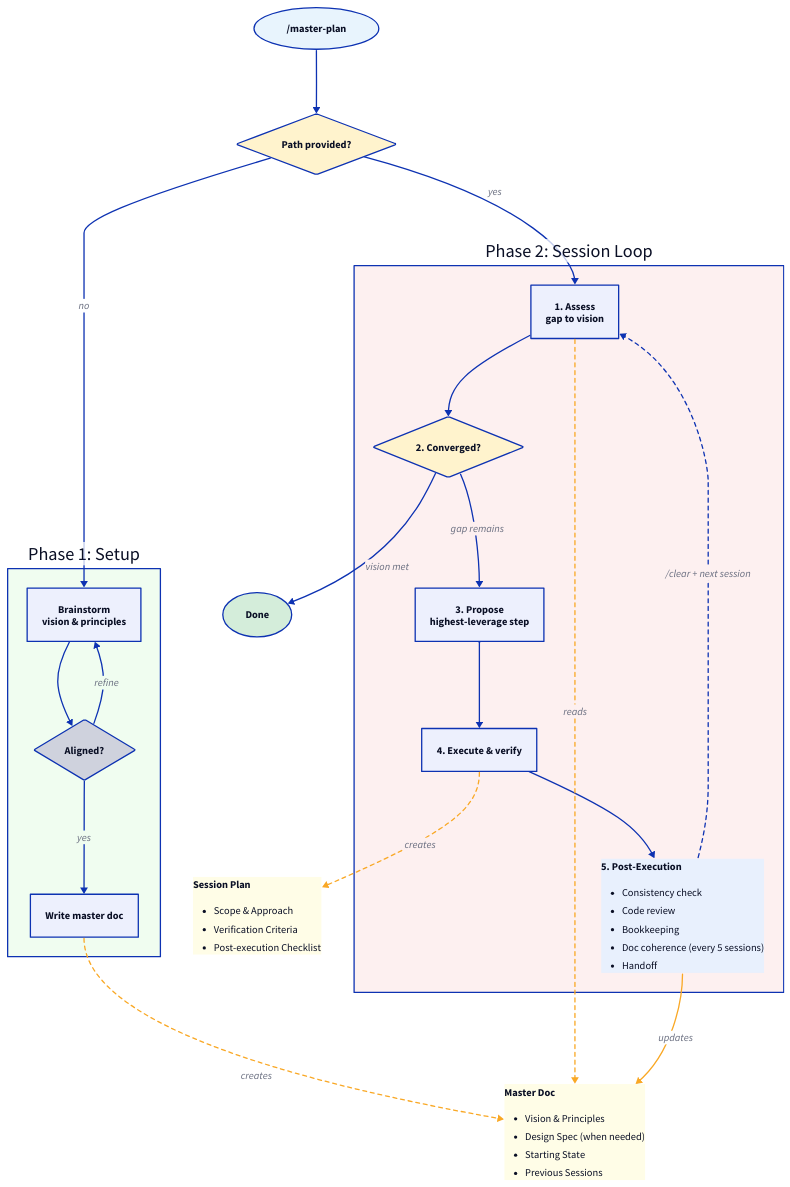
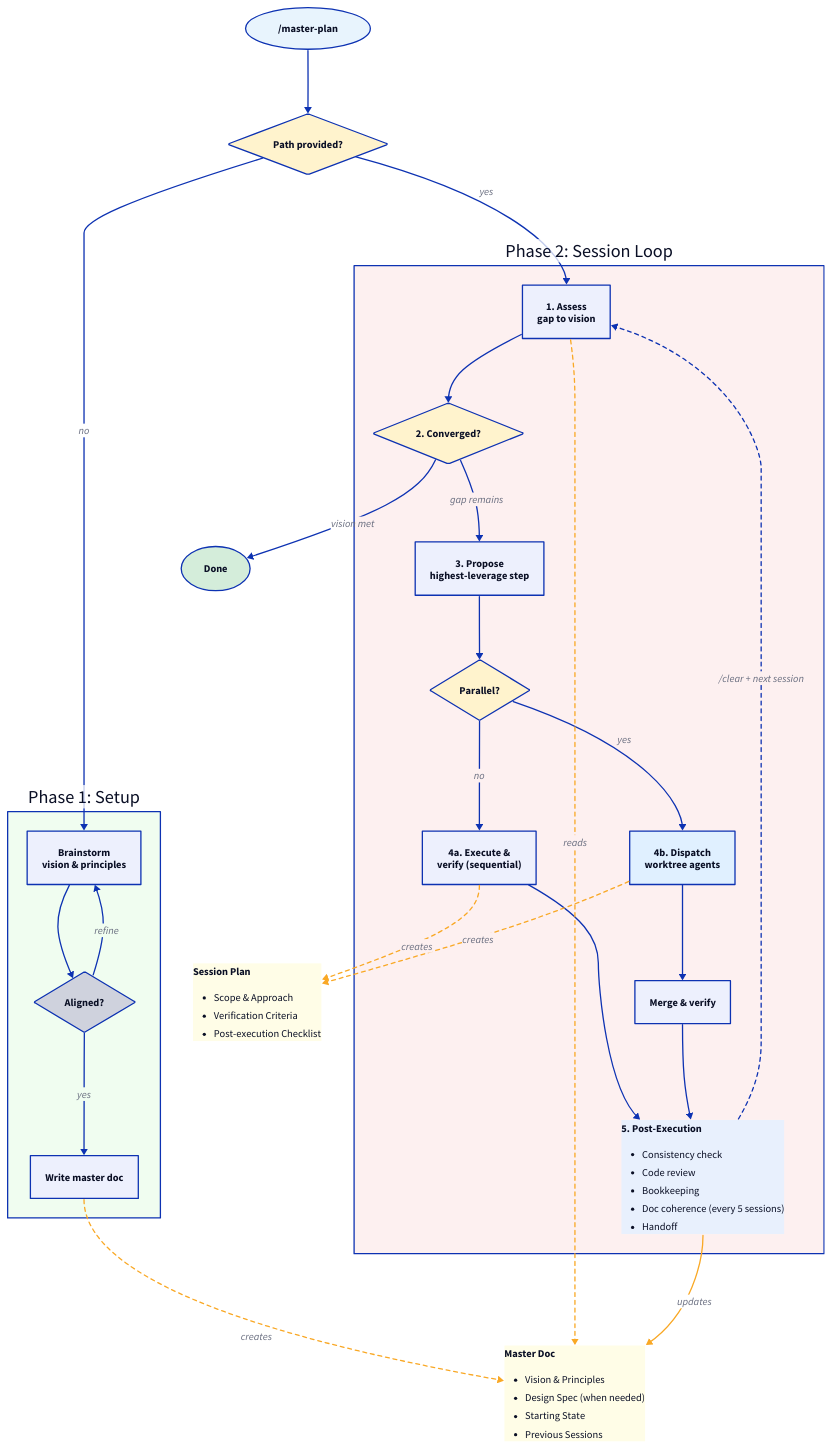
One commit to lcguerrerocovo/claude-master-plan changed the diagram in docs/master-plan-flow.d2. Above: the diagram before and after it, drawn with D2. The commit also changed 5 other files, not shown here.

```diff
--- a/docs/master-plan-flow.d2
+++ b/docs/master-plan-flow.d2
@@ -1,126 +1,144 @@
 direction: down
 
 # --- Entry ---
 
 start: "/master-plan" {
   shape: oval
   style.fill: "#e8f4fd"
 }
 
 route: "Path provided?" {
   shape: diamond
   style.fill: "#fff3cd"
 }
 
 start -> route
 
 # --- Phase 1 (setup) ---
 
 phase1: "Phase 1: Setup" {
   style.fill: "#f0fdf0"
 
   brainstorm: "Brainstorm\nvision & principles"
   aligned: "Aligned?" { shape: diamond }
   write: "Write master doc"
 
   brainstorm -> aligned
   aligned -> brainstorm: "refine"
   aligned -> write: "yes"
 }
 
 route -> phase1.brainstorm: "no"
 
 # --- Artifacts ---
 
 master_doc: "Master Doc" {
   shape: page
   style.fill: "#fffde7"
   style.stroke: "#f9a825"
   label: |md
     **Master Doc**
     - Vision & Principles
     - Design Spec (when needed)
     - Starting State
     - Previous Sessions
   |
 }
 
 phase1.write -> master_doc: "creates" {
   style.stroke: "#f9a825"
   style.stroke-dash: 3
 }
 
 # --- Phase 2 (session loop) ---
 
 phase2: "Phase 2: Session Loop" {
   style.fill: "#fdf0f0"
 
   assess: "1. Assess\ngap to vision"
   converge: "2. Converged?" {
     shape: diamond
     style.fill: "#fff3cd"
   }
   propose: "3. Propose\nhighest-leverage step"
-  execute: "4. Execute & verify"
+  parallel: "Parallel?" {
+    shape: diamond
+    style.fill: "#fff3cd"
+  }
+  seq_exec: "4a. Execute &\nverify (sequential)"
+  par_exec: "4b. Dispatch\nworktree agents" {
+    style.fill: "#e0f0ff"
+  }
+  merge: "Merge & verify"
+
   post_exec: "5. Post-Execution" {
     style.fill: "#e8f0fd"
     label: |md
       **5. Post-Execution**
       - Consistency check
       - Code review
       - Bookkeeping
       - Doc coherence (every 5 sessions)
       - Handoff
     |
   }
 
   assess -> converge
   converge -> propose: "gap remains"
-  propose -> execute
-  execute -> post_exec
+  propose -> parallel
+  parallel -> seq_exec: "no"
+  parallel -> par_exec: "yes"
+  seq_exec -> post_exec
+  par_exec -> merge
+  merge -> post_exec
 }
 
 route -> phase2.assess: "yes"
 
 # --- Artifact connections ---
 
 phase2.assess -> master_doc: "reads" {
   style.stroke: "#f9a825"
   style.stroke-dash: 3
 }
 
 phase2.post_exec -> master_doc: "updates" {
   style.stroke: "#f9a825"
 }
 
 session_plan: "Session Plan" {
   shape: page
   style.fill: "#fffde7"
   style.stroke: "#f9a825"
   label: |md
     **Session Plan**
     - Scope & Approach
     - Verification Criteria
     - Post-execution Checklist
   |
 }
 
-phase2.execute -> session_plan: "creates" {
+phase2.seq_exec -> session_plan: "creates" {
+  style.stroke: "#f9a825"
+  style.stroke-dash: 3
+}
+
+phase2.par_exec -> session_plan: "creates" {
   style.stroke: "#f9a825"
   style.stroke-dash: 3
 }
 
 # --- Convergence exit ---
 
 done: "Done" {
   shape: oval
   style.fill: "#d4edda"
 }
 
 phase2.converge -> done: "vision met"
 
 # --- Loop back ---
 
 phase2.post_exec -> phase2.assess: "/clear + next session" {
   style.stroke-dash: 3
 }
```
